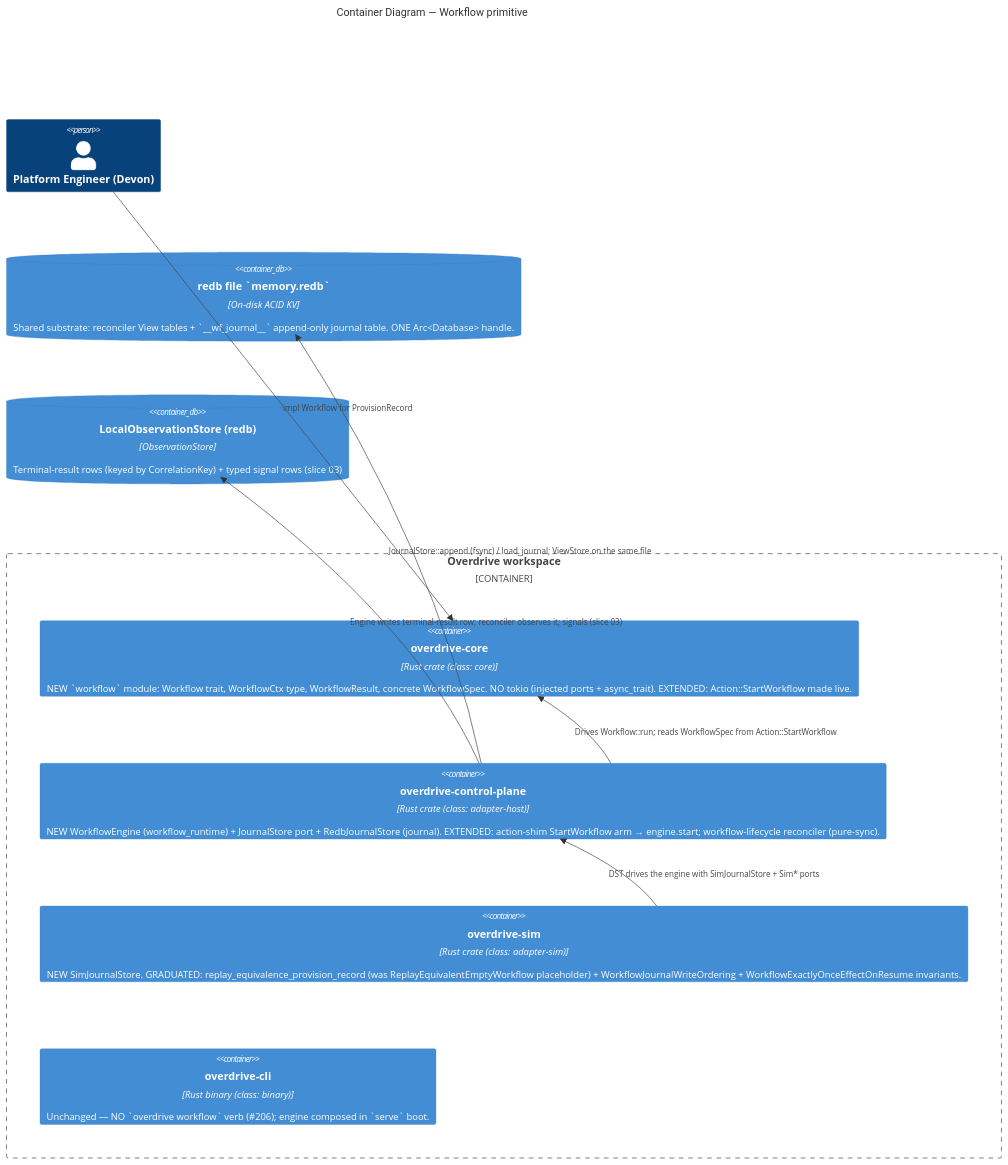
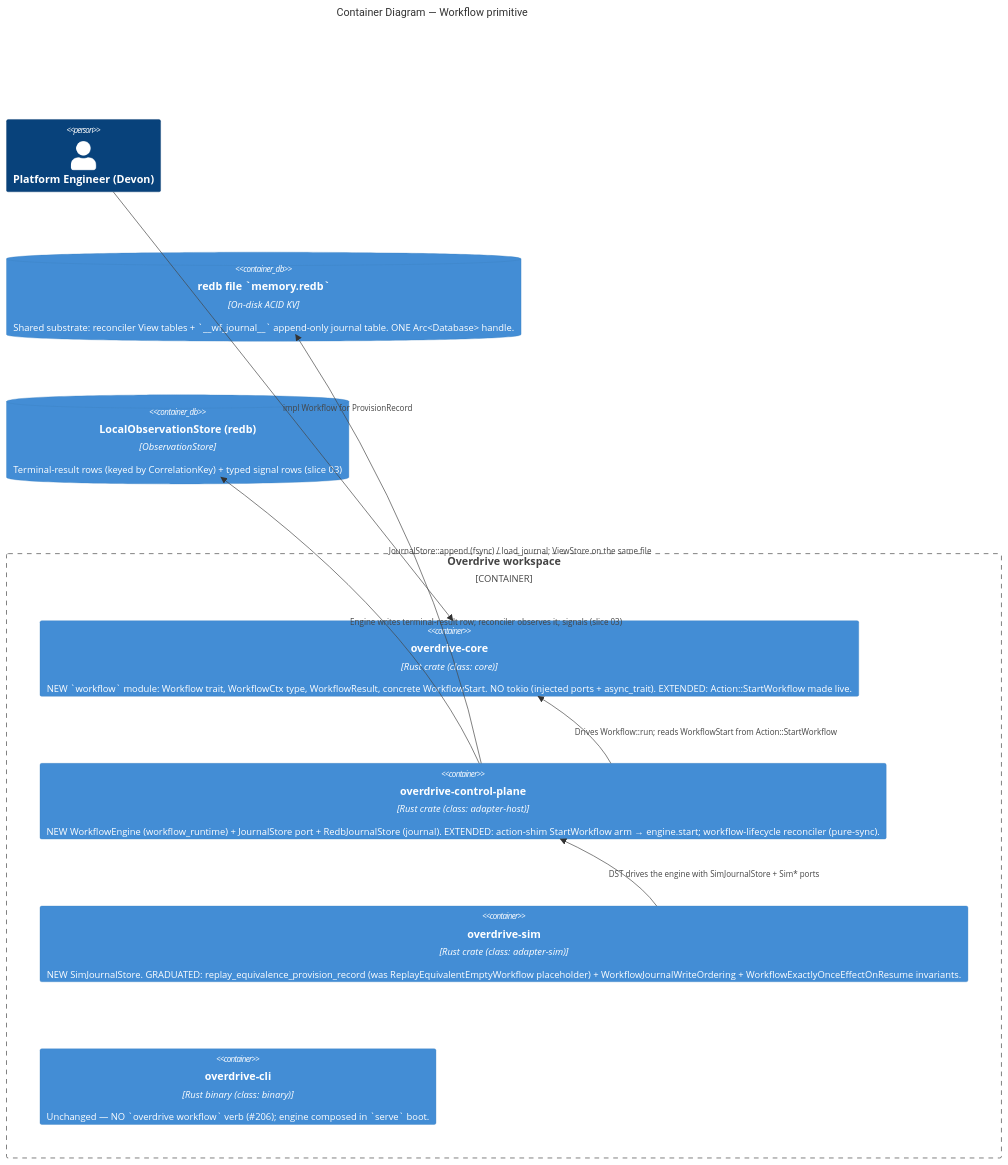
One commit to overdrive-sh/overdrive changed diagram 11 of 16 in docs/product/architecture/c4-diagrams.md. Above: the diagram before and after it, drawn with Mermaid. The commit also changed other lines of this file and 33 other files, not shown here.

````diff
--- a/docs/product/architecture/c4-diagrams.md
+++ b/docs/product/architecture/c4-diagrams.md
@@ -618,22 +618,22 @@
 ```mermaid
 C4Container
   title Container Diagram — Workflow primitive
 
   Person(devon, "Platform Engineer (Devon)")
 
   Container_Boundary(workspace, "Overdrive workspace") {
-    Container(core, "overdrive-core", "Rust crate (class: core)", "NEW `workflow` module: Workflow trait, WorkflowCtx type, WorkflowResult, concrete WorkflowSpec. NO tokio (injected ports + async_trait). EXTENDED: Action::StartWorkflow made live.")
+    Container(core, "overdrive-core", "Rust crate (class: core)", "NEW `workflow` module: Workflow trait, WorkflowCtx type, WorkflowResult, concrete WorkflowStart. NO tokio (injected ports + async_trait). EXTENDED: Action::StartWorkflow made live.")
     Container(ctrl, "overdrive-control-plane", "Rust crate (class: adapter-host)", "NEW WorkflowEngine (workflow_runtime) + JournalStore port + RedbJournalStore (journal). EXTENDED: action-shim StartWorkflow arm → engine.start; workflow-lifecycle reconciler (pure-sync).")
     Container(sim, "overdrive-sim", "Rust crate (class: adapter-sim)", "NEW SimJournalStore. GRADUATED: replay_equivalence_provision_record (was ReplayEquivalentEmptyWorkflow placeholder) + WorkflowJournalWriteOrdering + WorkflowExactlyOnceEffectOnResume invariants.")
     Container(cli, "overdrive-cli", "Rust binary (class: binary)", "Unchanged — NO `overdrive workflow` verb (#206); engine composed in `serve` boot.")
   }
 
   ContainerDb(redb_file, "redb file `memory.redb`", "On-disk ACID KV", "Shared substrate: reconciler View tables + `__wf_journal__` append-only journal table. ONE Arc<Database> handle.")
   ContainerDb(obs, "LocalObservationStore (redb)", "ObservationStore", "Terminal-result rows (keyed by CorrelationKey) + typed signal rows (slice 03)")
 
   Rel(devon, core, "impl Workflow for ProvisionRecord")
-  Rel(ctrl, core, "Drives Workflow::run; reads WorkflowSpec from Action::StartWorkflow")
+  Rel(ctrl, core, "Drives Workflow::run; reads WorkflowStart from Action::StartWorkflow")
   Rel(ctrl, redb_file, "JournalStore::append (fsync) / load_journal; ViewStore on the same file")
   Rel(ctrl, obs, "Engine writes terminal-result row; reconciler observes it; signals (slice 03)")
   Rel(sim, ctrl, "DST drives the engine with SimJournalStore + Sim* ports")
 ```
````
